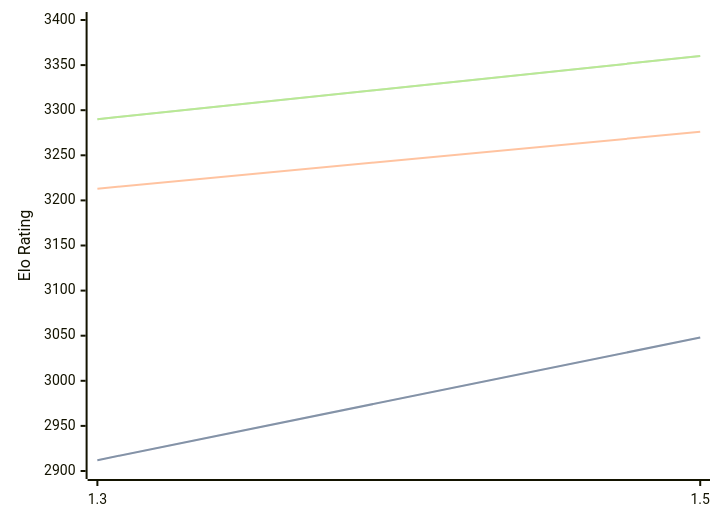
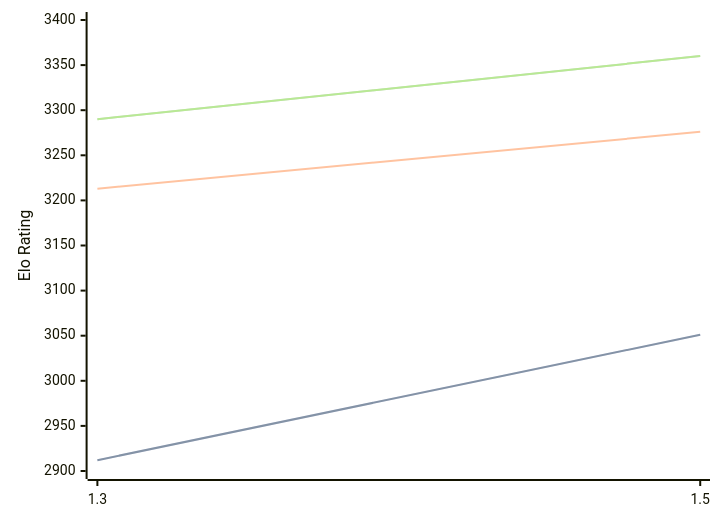
Before and after one commit to computer-chess-index/cci: the diagram in engines/Lambergar.md, drawn with Mermaid. The commit also changed other lines of this file, not shown here.

````diff
--- a/engines/Lambergar.md
+++ b/engines/Lambergar.md
@@ -32,11 +32,11 @@
 ```mermaid
 %%{init: {"theme":"base","themeVariables":{"seriesColors:['#a3a3a3','#222221','#faa371']}}}%%
 xychart-beta
   x-axis ["1.3", "1.5"]
   y-axis "Elo Rating" 2900 --> 3400
-  line "" [2912, 3048]
-  line "STC (8.0+0.08s)" [2912, 3048]
+  line "" [2912, 3051]
+  line "STC (8.0+0.08s)" [2912, 3051]
   line "LTC (60.0+0.60s)" [3213, 3276]
   line "" [3290, 3360]
   line "VLTC (2m24s+1.12s)" [3290, 3360]
 ```
````
